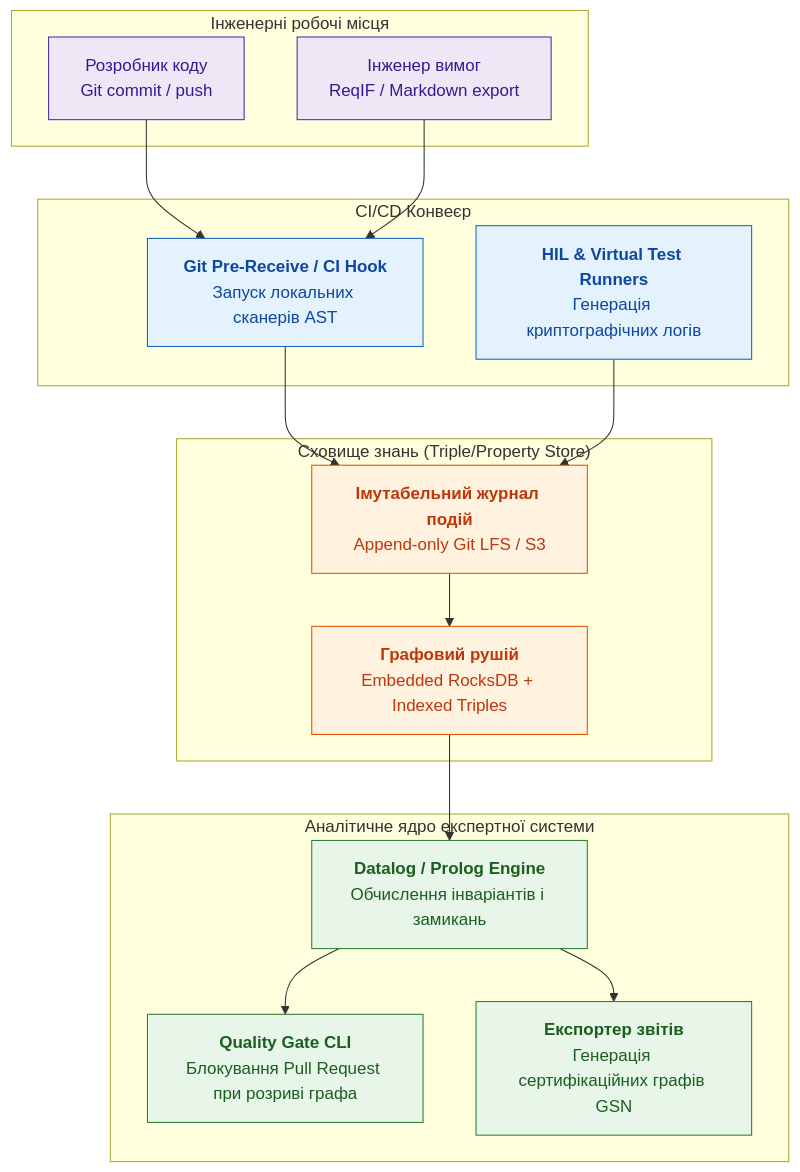
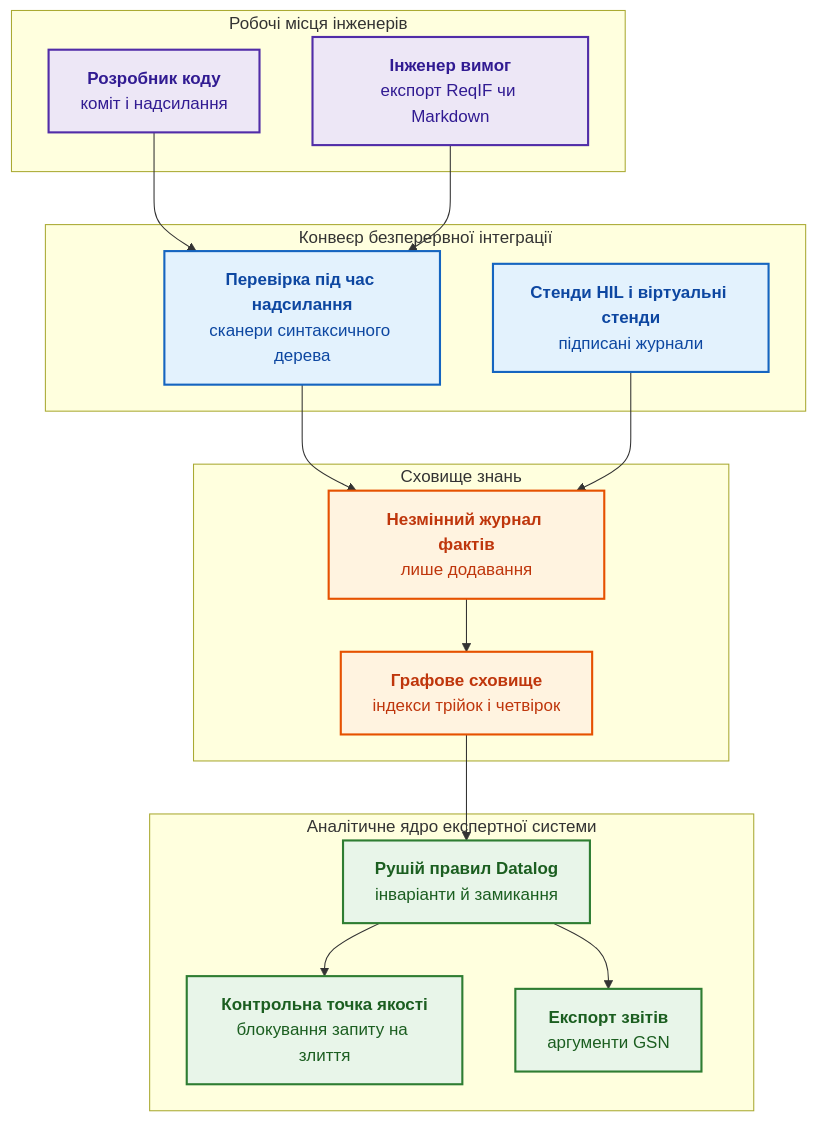
Before and after one commit to nick-fedchik/articles: the sixth of 7 diagrams in ExpertSystem/ch09-engineering-knowledge-graph-traceability.md, drawn with Mermaid. The commit also changed other lines of this file, not shown here.

Commit message:
docs(ch09): restructure engineering knowledge graph chapter, fixed gap/untraced/impact formulas, runnable Go bootstrap, verified sources

````diff
--- a/ExpertSystem/ch09-engineering-knowledge-graph-traceability.md
+++ b/ExpertSystem/ch09-engineering-knowledge-graph-traceability.md
@@ -453,45 +409,45 @@
 ```mermaid
 flowchart TD
-    accTitle: Архітектура розподіленого конвеєра EKG
-    accDescr: Схема компонентів системи EKG від Git Hooks і CI/CD агентів до сховища тріплів і аналітичного інтерфейсу.
+    accTitle: Архітектура конвеєра інженерного графа
+    accDescr: Зміни коду й вимог запускають сканери в конвеєрі, стенди тестування додають підписані журнали, факти потрапляють у незмінний журнал і графове сховище, а рушій правил живить контрольну точку якості й експорт аудиторських звітів.
 
-    subgraph Development["Інженерні робочі місця"]
-        DevCode["Розробник коду<br/>Git commit / push"]
-        DevReq["Інженер вимог<br/>ReqIF / Markdown export"]
+    subgraph Development["Робочі місця інженерів"]
+        DevCode["<b>Розробник коду</b><br/>коміт і надсилання"]
+        DevReq["<b>Інженер вимог</b><br/>експорт ReqIF чи Markdown"]
     end
 
-    subgraph CI["CI/CD Конвеєр"]
-        Hook["<b>Git Pre-Receive / CI Hook</b><br/>Запуск локальних сканерів AST"]
-        TestHarness["<b>HIL & Virtual Test Runners</b><br/>Генерація криптографічних логів"]
+    subgraph CI["Конвеєр безперервної інтеграції"]
+        Hook["<b>Перевірка під час надсилання</b><br/>сканери синтаксичного дерева"]
+        TestHarness["<b>Стенди HIL і віртуальні стенди</b><br/>підписані журнали"]
     end
 
-    subgraph Storage["Сховище знань (Triple/Property Store)"]
-        RawFacts["<b>Імутабельний журнал подій</b><br/>Append-only Git LFS / S3"]
-        GraphDB["<b>Графовий рушій</b><br/>Embedded RocksDB + Indexed Triples"]
+    subgraph Storage["Сховище знань"]
+        RawFacts["<b>Незмінний журнал фактів</b><br/>лише додавання"]
+        GraphDB["<b>Графове сховище</b><br/>індекси трійок і четвірок"]
     end
 
     subgraph Intelligence["Аналітичне ядро експертної системи"]
-        Datalog["<b>Datalog / Prolog Engine</b><br/>Обчислення інваріантів і замикань"]
-        QualityGate["<b>Quality Gate CLI</b><br/>Блокування Pull Request при розриві графа"]
-        AuditExporter["<b>Експортер звітів</b><br/>Генерація сертифікаційних графів GSN"]
+        Rules["<b>Рушій правил Datalog</b><br/>інваріанти й замикання"]
+        QualityGate["<b>Контрольна точка якості</b><br/>блокування запиту на злиття"]
+        AuditExporter["<b>Експорт звітів</b><br/>аргументи GSN"]
     end
 
     DevCode --> Hook
     DevReq --> Hook
     Hook --> RawFacts
     TestHarness --> RawFacts
     RawFacts --> GraphDB
-    GraphDB --> Datalog
-    Datalog --> QualityGate
-    Datalog --> AuditExporter
+    GraphDB --> Rules
+    Rules --> QualityGate
+    Rules --> AuditExporter
 
-    classDef dev fill:#ede7f6,stroke:#512da8,color:#311b92;
-    classDef ci fill:#e3f2fd,stroke:#1565c0,color:#0d47a1;
-    classDef store fill:#fff3e0,stroke:#e65100,color:#bf360c;
-    classDef intel fill:#e8f5e9,stroke:#2e7d32,color:#1b5e20;
+    classDef dev fill:#ede7f6,stroke:#512da8,stroke-width:2px,color:#311b92;
+    classDef ci fill:#e3f2fd,stroke:#1565c0,stroke-width:2px,color:#0d47a1;
+    classDef store fill:#fff3e0,stroke:#e65100,stroke-width:2px,color:#bf360c;
+    classDef intel fill:#e8f5e9,stroke:#2e7d32,stroke-width:2px,color:#1b5e20;
 
     class DevCode,DevReq dev;
     class Hook,TestHarness ci;
     class RawFacts,GraphDB store;
-    class Datalog,QualityGate,AuditExporter intel;
+    class Rules,QualityGate,AuditExporter intel;
 ```
````
